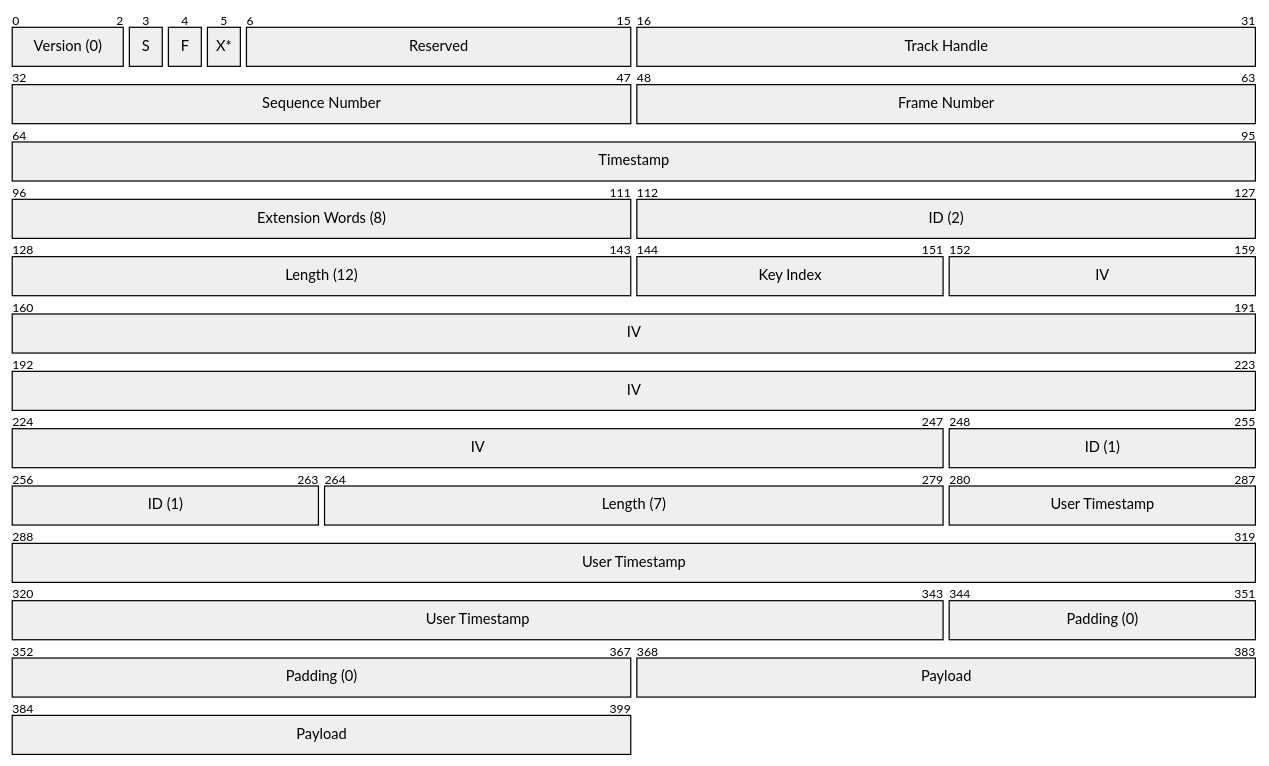
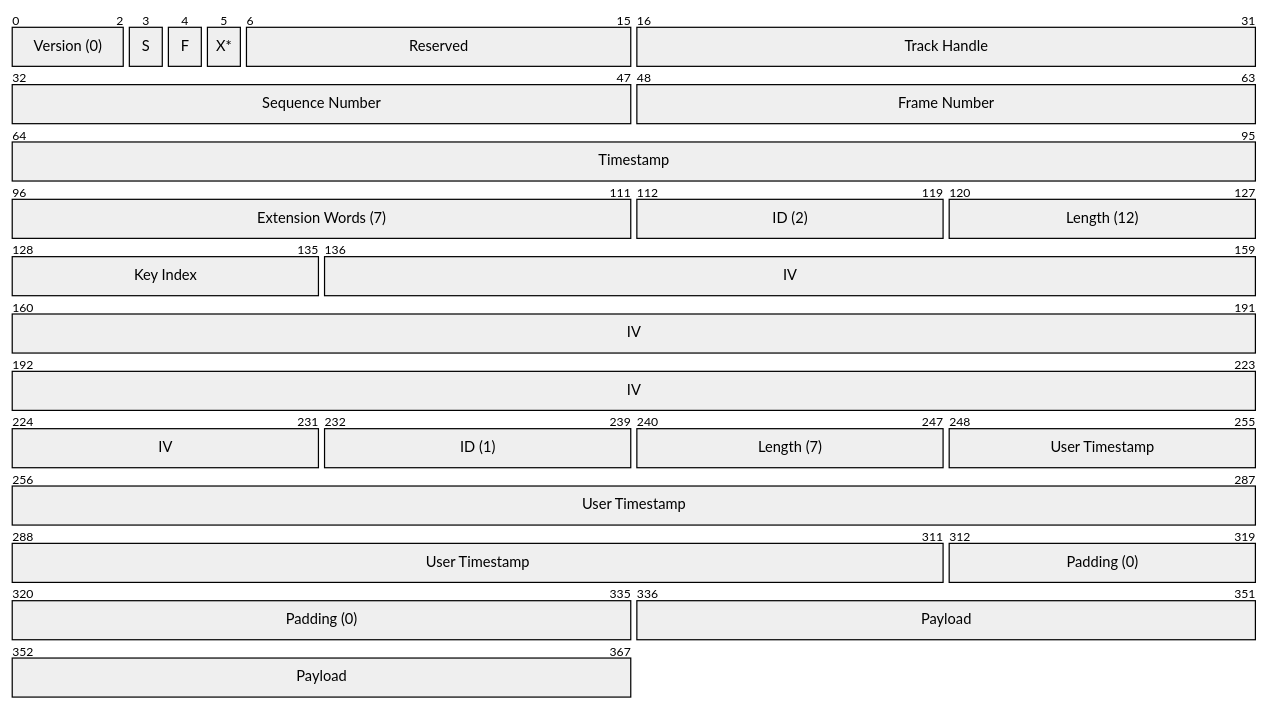
One commit to livekit/rust-sdks changed the second of 2 diagrams in livekit-datatrack/docs/packet-v0.md. Above: the diagram before and after it, drawn with Mermaid. The commit also changed other lines of this file and 4 other files, not shown here.

````diff
--- a/livekit-datatrack/docs/packet-v0.md
+++ b/livekit-datatrack/docs/packet-v0.md
@@ -90,31 +90,31 @@
 ```mermaid
 packet
 %% Base header
 +3: "Version (0)"
 +1: "S"
 +1: "F"
 +1: "X*" %% Set
 +10: "Reserved"
 +16: "Track Handle"
 +16: "Sequence Number"
 +16: "Frame Number"
 +32: "Timestamp"
 
-+16: "Extension Words (8)"
++16: "Extension Words (7)"
 
 %% E2EE extension
-+16: "ID (2)"
-+16: "Length (12)"
++8: "ID (2)"
++8: "Length (12)"
 +8: "Key Index"
 +96: "IV"
 
 %% User timestamp extension
-+16: "ID (1)"
-+16: "Length (7)"
++8: "ID (1)"
++8: "Length (7)"
 +64: "User Timestamp"
 
 +24: "Padding (0)"
 
 %% Payload
 + 32: "Payload"
 ```
````
